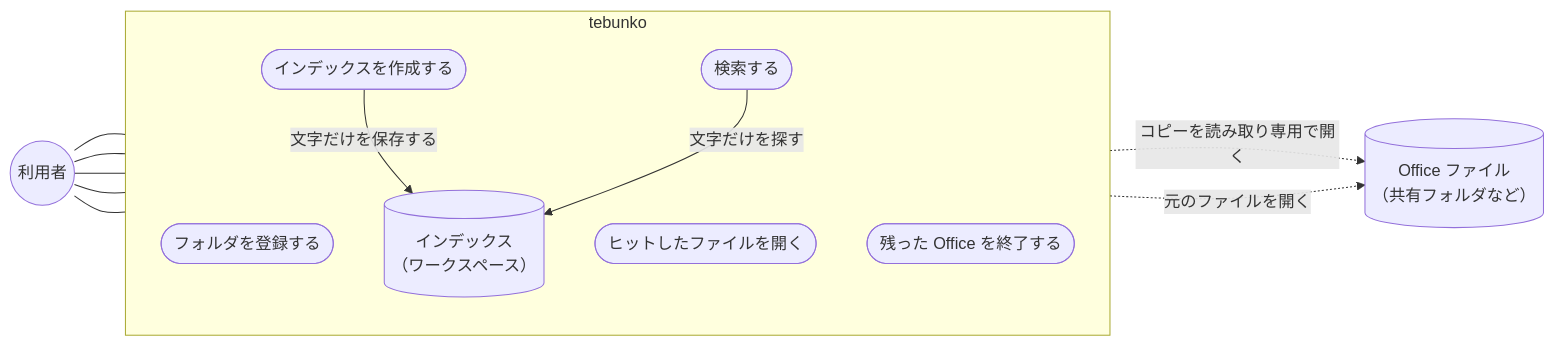
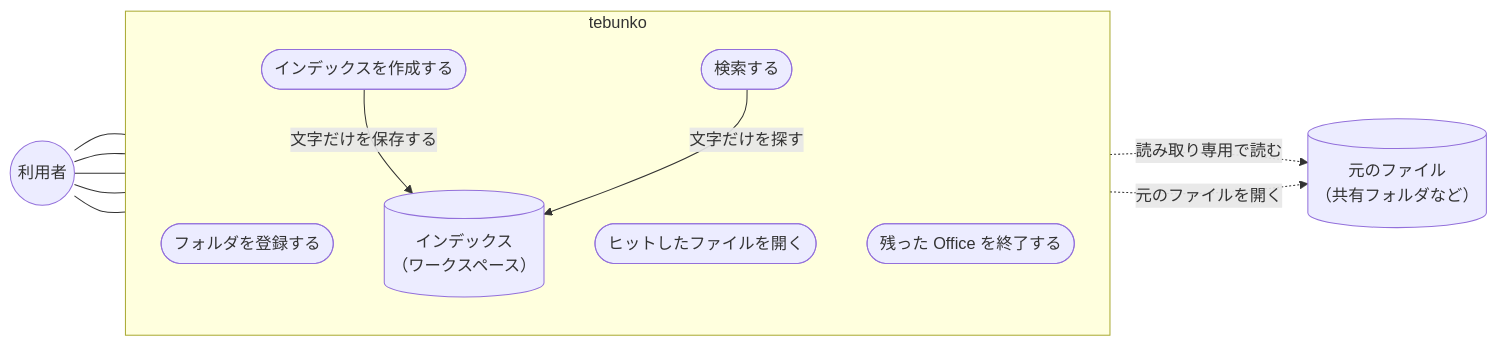
The diagram in README.md (hsgwa/tebunko), drawn with Mermaid before and after one commit. The commit also changed other lines of this file and 14 other files, not shown here.

````diff
--- a/README.md
+++ b/README.md
@@ -200,24 +200,24 @@
 ```mermaid
 flowchart LR
     U(("利用者"))
     subgraph T["tebunko"]
         direction TB
         UC1(["フォルダを登録する"])
         UC2(["インデックスを作成する"])
         UC3(["検索する"])
         UC4(["ヒットしたファイルを開く"])
         UC5(["残った Office を終了する"])
         I[("インデックス<br>（ワークスペース）")]
     end
-    F[("Office ファイル<br>（共有フォルダなど）")]
+    F[("元のファイル<br>（共有フォルダなど）")]
 
     U --- UC1
     U --- UC2
     U --- UC3
     U --- UC4
     U --- UC5
-    UC2 -. "コピーを読み取り専用で開く" .-> F
+    UC2 -. "読み取り専用で読む" .-> F
     UC2 -- "文字だけを保存する" --> I
     UC3 -- "文字だけを探す" --> I
     UC4 -. "元のファイルを開く" .-> F
 ```
````
